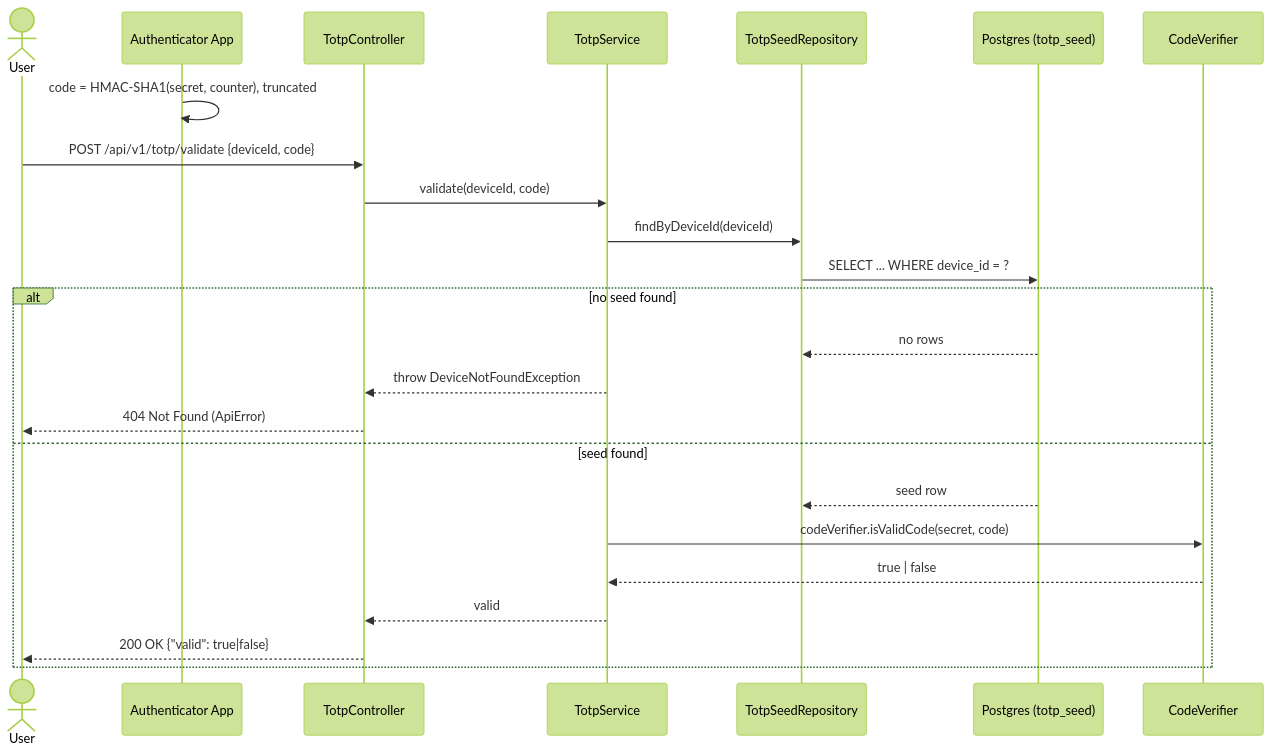
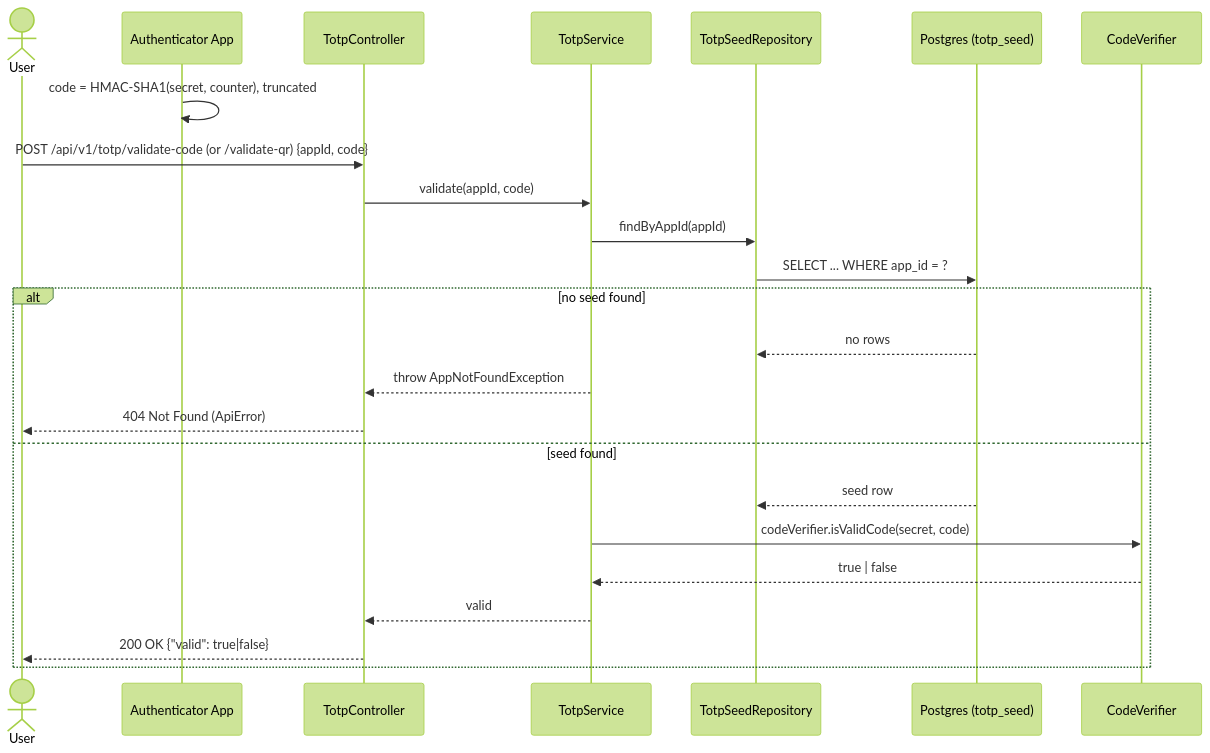
Before and after one commit to himnay/learning-totp: the sixth of 7 diagrams in README.md, drawn with Mermaid (forest theme). The commit also changed other lines of this file and 18 other files, not shown here.

Commit message:
add totp code and validation

````diff
--- a/README.md
+++ b/README.md
@@ -326,27 +385,27 @@
 ```mermaid
 sequenceDiagram
     actor User
     participant App as Authenticator App
     participant API as TotpController
     participant Svc as TotpService
     participant Repo as TotpSeedRepository
     participant DB as Postgres (totp_seed)
     participant Ver as CodeVerifier
 
     App->>App: code = HMAC-SHA1(secret, counter), truncated
-    User->>API: POST /api/v1/totp/validate {deviceId, code}
-    API->>Svc: validate(deviceId, code)
-    Svc->>Repo: findByDeviceId(deviceId)
-    Repo->>DB: SELECT ... WHERE device_id = ?
+    User->>API: POST /api/v1/totp/validate-code (or /validate-qr) {appId, code}
+    API->>Svc: validate(appId, code)
+    Svc->>Repo: findByAppId(appId)
+    Repo->>DB: SELECT ... WHERE app_id = ?
     alt no seed found
         DB-->>Repo: no rows
-        Svc-->>API: throw DeviceNotFoundException
+        Svc-->>API: throw AppNotFoundException
         API-->>User: 404 Not Found (ApiError)
     else seed found
         DB-->>Repo: seed row
         Svc->>Ver: codeVerifier.isValidCode(secret, code)
         Ver-->>Svc: true | false
         Svc-->>API: valid
         API-->>User: 200 OK {"valid": true|false}
     end
 ```
````
